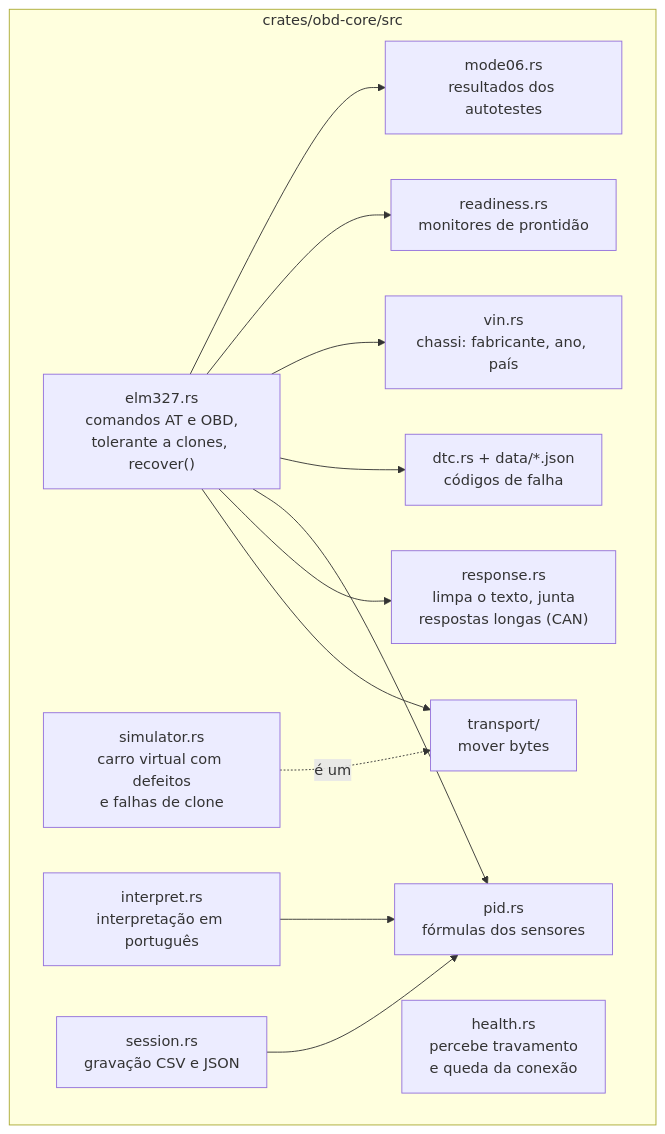
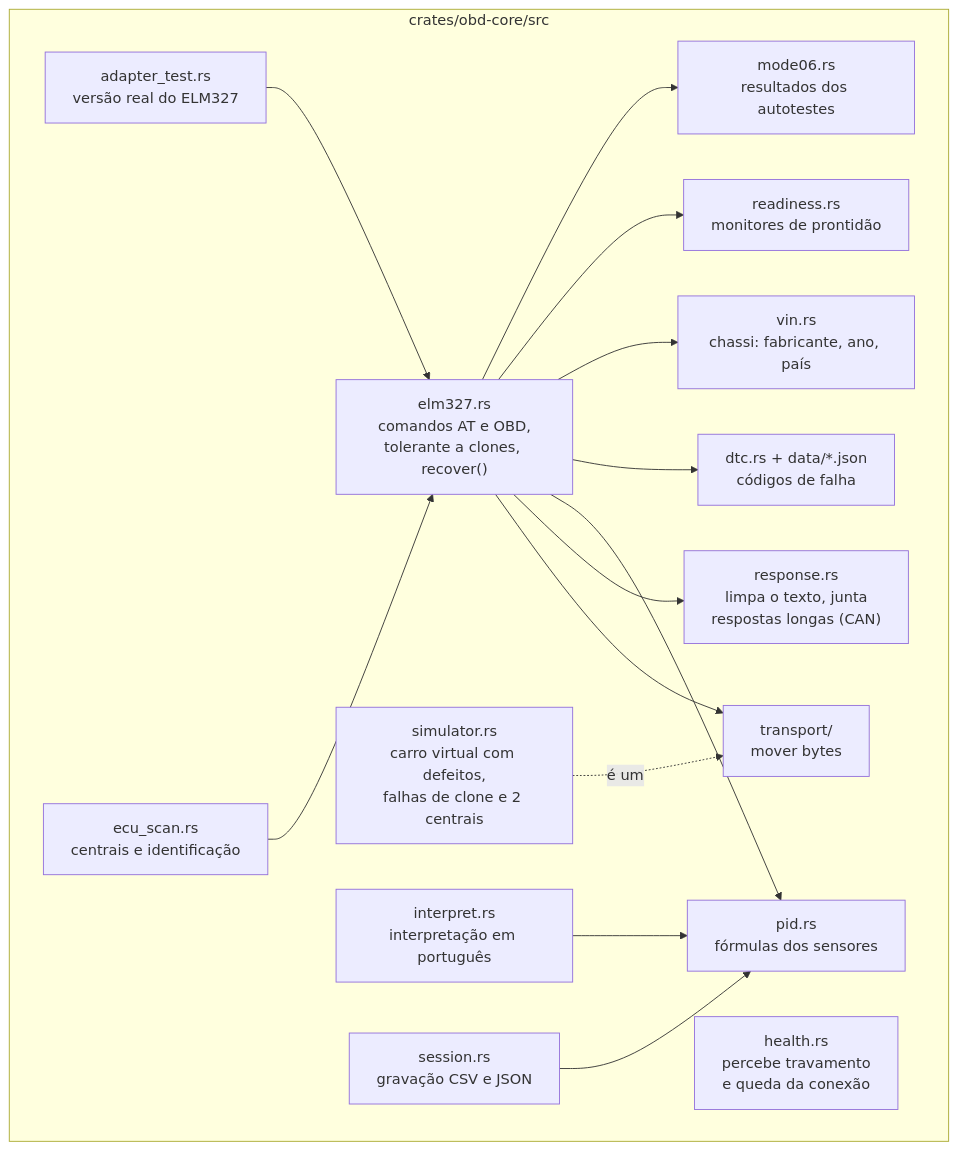
Before and after one commit to samuvieceli/obd2-scanner: the fourth of 10 diagrams in docs/DIAGRAMAS.md, drawn with Mermaid. The commit also changed other lines of this file and 18 other files, not shown here.

First line of the commit message:
Add adapter compatibility test and ECU scan (ideas from DDT4ALL)

````diff
--- a/docs/DIAGRAMAS.md
+++ b/docs/DIAGRAMAS.md
@@ -105,23 +105,27 @@
 ```mermaid
 flowchart TB
     subgraph core["crates/obd-core/src"]
         transport["transport/<br/>mover bytes"]
         elm327["elm327.rs<br/>comandos AT e OBD,<br/>tolerante a clones, recover()"]
         response["response.rs<br/>limpa o texto, junta<br/>respostas longas (CAN)"]
         health["health.rs<br/>percebe travamento<br/>e queda da conexão"]
         pid["pid.rs<br/>fórmulas dos sensores"]
         dtc["dtc.rs + data/*.json<br/>códigos de falha"]
         vin["vin.rs<br/>chassi: fabricante, ano, país"]
         readiness["readiness.rs<br/>monitores de prontidão"]
         mode06["mode06.rs<br/>resultados dos autotestes"]
         interpret["interpret.rs<br/>interpretação em português"]
         session["session.rs<br/>gravação CSV e JSON"]
-        simulator["simulator.rs<br/>carro virtual com defeitos<br/>e falhas de clone"]
+        simulator["simulator.rs<br/>carro virtual com defeitos,<br/>falhas de clone e 2 centrais"]
+        adaptertest["adapter_test.rs<br/>versão real do ELM327"]
+        ecuscan["ecu_scan.rs<br/>centrais e identificação"]
     end
+    adaptertest --> elm327
+    ecuscan --> elm327
     elm327 --> transport
     elm327 --> response
     elm327 --> pid & dtc & vin & readiness & mode06
     simulator -. "é um" .-> transport
     interpret --> pid
     session --> pid
 ```
````
